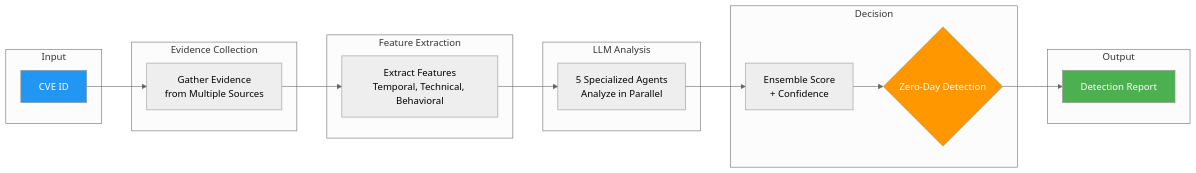
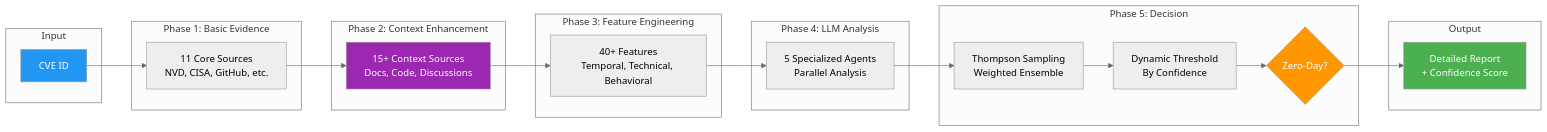
Before and after one commit to lodetomasi/zero-day-llm-ensemble: the second of 2 diagrams in README.md, drawn with Mermaid (neutral theme). The commit also changed other lines of this file and 9 other files, not shown here.

First line of the commit message:
Add context-enhanced detection and user documentation

````diff
--- a/README.md
+++ b/README.md
@@ -263,31 +285,37 @@
 ```mermaid
 graph LR
     subgraph "Input"
         CVE[CVE ID]
     end
     
-    subgraph "Evidence Collection"
-        CVE --> COLLECT[Gather Evidence<br/>from Multiple Sources]
+    subgraph "Phase 1: Basic Evidence"
+        CVE --> BASIC[11 Core Sources<br/>NVD, CISA, GitHub, etc.]
     end
     
-    subgraph "Feature Extraction"
-        COLLECT --> FEATURES[Extract Features<br/>Temporal, Technical, Behavioral]
+    subgraph "Phase 2: Context Enhancement"
+        BASIC --> CONTEXT[15+ Context Sources<br/>Docs, Code, Discussions]
     end
     
-    subgraph "LLM Analysis"
-        FEATURES --> AGENTS[5 Specialized Agents<br/>Analyze in Parallel]
+    subgraph "Phase 3: Feature Engineering"
+        CONTEXT --> FEATURES[40+ Features<br/>Temporal, Technical, Behavioral]
     end
     
-    subgraph "Decision"
-        AGENTS --> ENSEMBLE[Ensemble Score<br/>+ Confidence]
-        ENSEMBLE --> DECISION{Zero-Day Detection}
+    subgraph "Phase 4: LLM Analysis"
+        FEATURES --> AGENTS[5 Specialized Agents<br/>Parallel Analysis]
+    end
+    
+    subgraph "Phase 5: Decision"
+        AGENTS --> ENSEMBLE[Thompson Sampling<br/>Weighted Ensemble]
+        ENSEMBLE --> THRESHOLD[Dynamic Threshold<br/>By Confidence]
+        THRESHOLD --> DECISION{Zero-Day?}
     end
     
     subgraph "Output"
-        DECISION --> REPORT[Detection Report]
+        DECISION --> REPORT[Detailed Report<br/>+ Confidence Score]
     end
     
     style CVE fill:#2196F3,color:#fff
     style DECISION fill:#FF9800,color:#fff
     style REPORT fill:#4CAF50,color:#fff
+    style CONTEXT fill:#9C27B0,color:#fff
 ```
````
